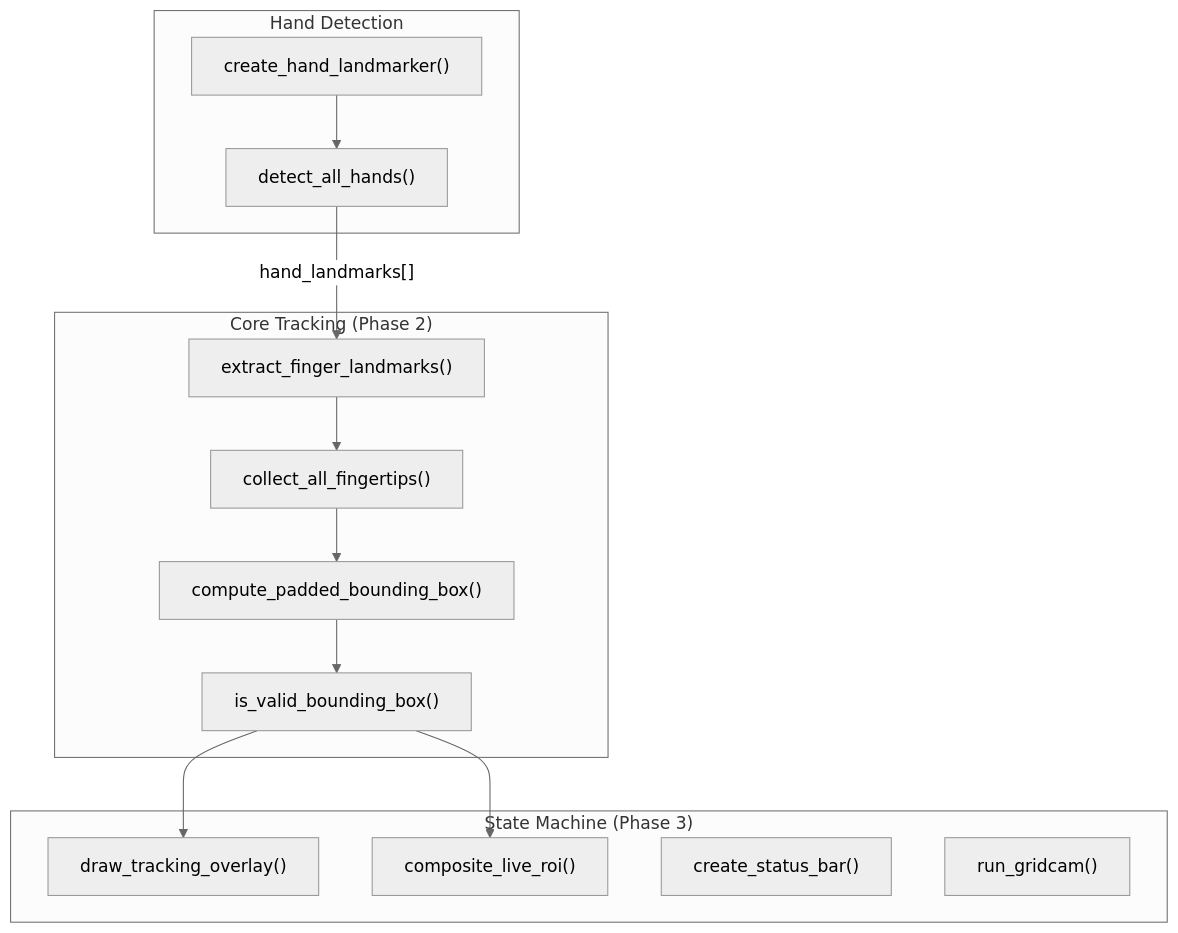
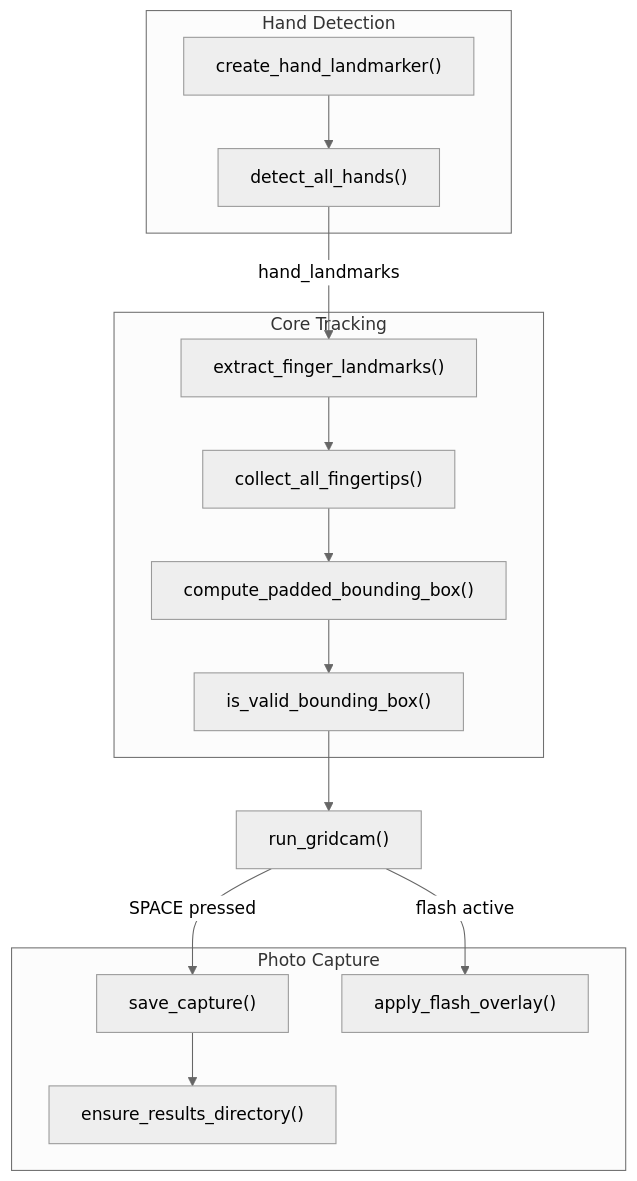
The third of 3 diagrams in README.md (RenjiroEgan/Gridcam), drawn with Mermaid (neutral theme) before and after one commit. The commit also changed other lines of this file and 2 other files, not shown here.

Commit message:
refactor: Update to 10s tracking duration with 5s countdown & manual PiP capture

````diff
--- a/README.md
+++ b/README.md
@@ -72,23 +59,22 @@
 ```mermaid
 flowchart TD
-    subgraph Core["Core Tracking (Phase 2)"]
+    subgraph Tracking["Core Tracking"]
         EFL["extract_finger_landmarks()"] --> CAF["collect_all_fingertips()"]
         CAF --> CPB["compute_padded_bounding_box()"]
         CPB --> IVB["is_valid_bounding_box()"]
     end
 
     subgraph Detection["Hand Detection"]
         CHL["create_hand_landmarker()"] --> DAH["detect_all_hands()"]
-        DAH -->|"hand_landmarks[]"| EFL
+        DAH -->|hand_landmarks| EFL
     end
 
-    subgraph StateMachine["State Machine (Phase 3)"]
-        DTO["draw_tracking_overlay()"]
-        CLR["composite_live_roi()"]
-        CSB["create_status_bar()"]
-        RG["run_gridcam()"]
+    subgraph Capture["Photo Capture"]
+        SC["save_capture()"] --> ERD["ensure_results_directory()"]
+        AFO["apply_flash_overlay()"]
     end
 
-    IVB --> DTO
-    IVB --> CLR
+    IVB --> RG["run_gridcam()"]
+    RG -->|SPACE pressed| SC
+    RG -->|flash active| AFO
 ```
````
